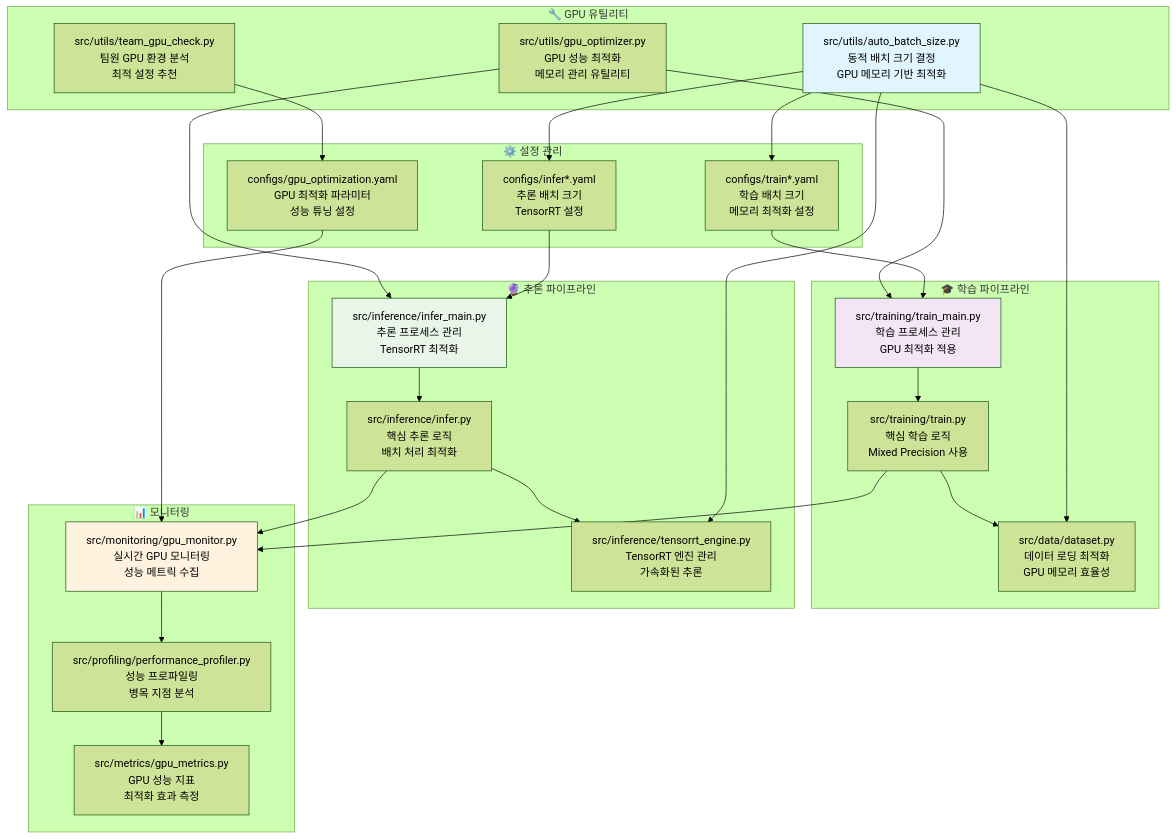
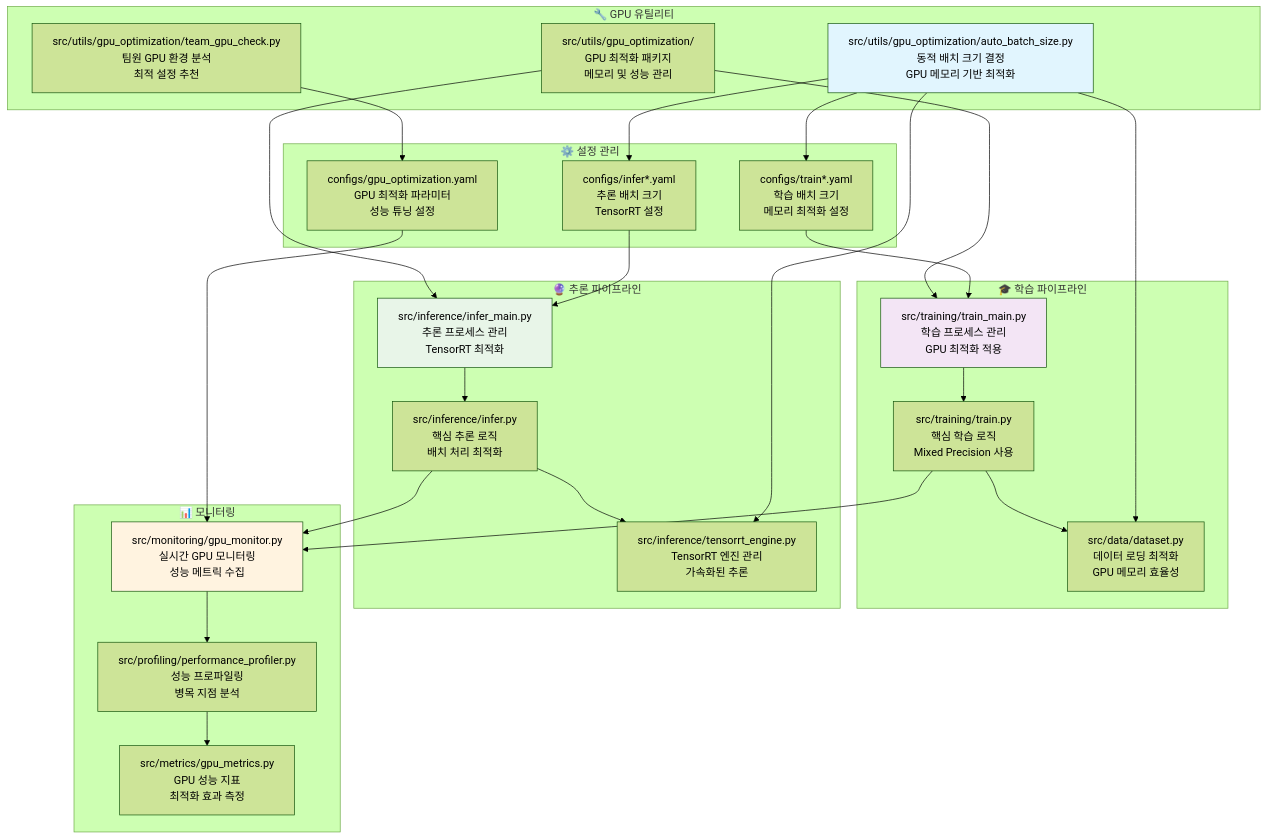
Before and after one commit to nimnusmik/CV_documents_classification_competition: the third of 3 diagrams in docs/GPU_최적화_가이드.md, drawn with Mermaid (forest theme). The commit also changed other lines of this file and 2 other files, not shown here.

First line of the commit message:
feat: src/utils 모듈화 구조 문서 업데이트

````diff
--- a/docs/GPU_최적화_가이드.md
+++ b/docs/GPU_최적화_가이드.md
@@ -99,65 +99,65 @@
 ```mermaid
 graph TB
     subgraph "🔧 GPU 유틸리티"
-        AUTO_BATCH[src/utils/auto_batch_size.py<br/>동적 배치 크기 결정<br/>GPU 메모리 기반 최적화]
-        TEAM_CHECK[src/utils/team_gpu_check.py<br/>팀원 GPU 환경 분석<br/>최적 설정 추천]
-        GPU_UTILS[src/utils/gpu_optimizer.py<br/>GPU 성능 최적화<br/>메모리 관리 유틸리티]
+        AUTO_BATCH[src/utils/gpu_optimization/auto_batch_size.py<br/>동적 배치 크기 결정<br/>GPU 메모리 기반 최적화]
+        TEAM_CHECK[src/utils/gpu_optimization/team_gpu_check.py<br/>팀원 GPU 환경 분석<br/>최적 설정 추천]
+        GPU_UTILS[src/utils/gpu_optimization/<br/>GPU 최적화 패키지<br/>메모리 및 성능 관리]
     end
     
     subgraph "⚙️ 설정 관리"
         TRAIN_CONFIG[configs/train*.yaml<br/>학습 배치 크기<br/>메모리 최적화 설정]
         INFER_CONFIG[configs/infer*.yaml<br/>추론 배치 크기<br/>TensorRT 설정]
         OPT_CONFIG[configs/gpu_optimization.yaml<br/>GPU 최적화 파라미터<br/>성능 튜닝 설정]
     end
     
     subgraph "🎓 학습 파이프라인"
         TRAIN_MAIN[src/training/train_main.py<br/>학습 프로세스 관리<br/>GPU 최적화 적용]
         TRAIN[src/training/train.py<br/>핵심 학습 로직<br/>Mixed Precision 사용]
         DATA_LOADER[src/data/dataset.py<br/>데이터 로딩 최적화<br/>GPU 메모리 효율성]
     end
     
     subgraph "🔮 추론 파이프라인"
         INFER_MAIN[src/inference/infer_main.py<br/>추론 프로세스 관리<br/>TensorRT 최적화]
         INFER[src/inference/infer.py<br/>핵심 추론 로직<br/>배치 처리 최적화]
         TRT_ENGINE[src/inference/tensorrt_engine.py<br/>TensorRT 엔진 관리<br/>가속화된 추론]
     end
     
     subgraph "📊 모니터링"
         GPU_MONITOR[src/monitoring/gpu_monitor.py<br/>실시간 GPU 모니터링<br/>성능 메트릭 수집]
         PROFILER[src/profiling/performance_profiler.py<br/>성능 프로파일링<br/>병목 지점 분석]
         METRICS[src/metrics/gpu_metrics.py<br/>GPU 성능 지표<br/>최적화 효과 측정]
     end
     
     %% GPU 유틸리티 연결
     AUTO_BATCH --> TRAIN_CONFIG
     AUTO_BATCH --> INFER_CONFIG
     TEAM_CHECK --> OPT_CONFIG
     GPU_UTILS --> TRAIN_MAIN
     GPU_UTILS --> INFER_MAIN
     
     %% 설정 파일 연결
     TRAIN_CONFIG --> TRAIN_MAIN
     INFER_CONFIG --> INFER_MAIN
     OPT_CONFIG --> GPU_MONITOR
     
     %% 학습 파이프라인 연결
     TRAIN_MAIN --> TRAIN
     TRAIN --> DATA_LOADER
     AUTO_BATCH --> DATA_LOADER
     
     %% 추론 파이프라인 연결
     INFER_MAIN --> INFER
     INFER --> TRT_ENGINE
     AUTO_BATCH --> TRT_ENGINE
     
     %% 모니터링 연결
     TRAIN --> GPU_MONITOR
     INFER --> GPU_MONITOR
     GPU_MONITOR --> PROFILER
     PROFILER --> METRICS
     
     style AUTO_BATCH fill:#e1f5fe
     style TRAIN_MAIN fill:#f3e5f5
     style INFER_MAIN fill:#e8f5e8
     style GPU_MONITOR fill:#fff3e0
 ```
````
